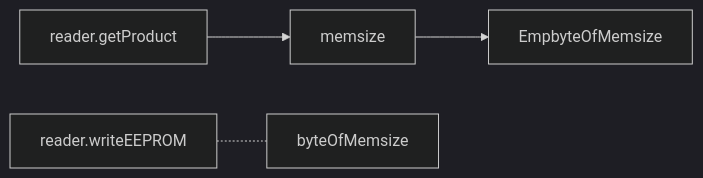
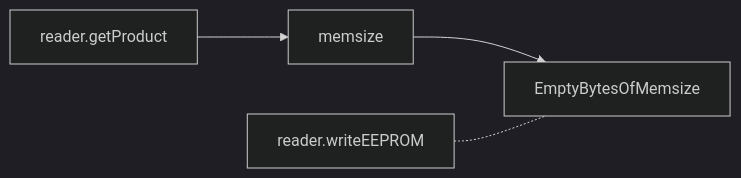
One commit to gordianknotC/nxp_note changed diagram 12 of 13 in nxp/NtagDemo_mermaid.md. Above: the diagram before and after it, drawn with Mermaid (dark theme). The commit also changed other lines of this file, not shown here.

Commit message:
nxp/NtagDemo_mermaid.md updated from https://stackedit.io/

````diff
--- a/nxp/NtagDemo_mermaid.md
+++ b/nxp/NtagDemo_mermaid.md
@@ -485,6 +485,6 @@
 ```mermaid
 graph LR
 reader.getProduct --> memsize
-memsize --> EmpbyteOfMemsize
-reader.writeEEPROM -.- byteOfMemsize
+memsize --> EmptyBytesOfMemsize
+reader.writeEEPROM -.- EmptyBytesOfMemsize
 ```
````
